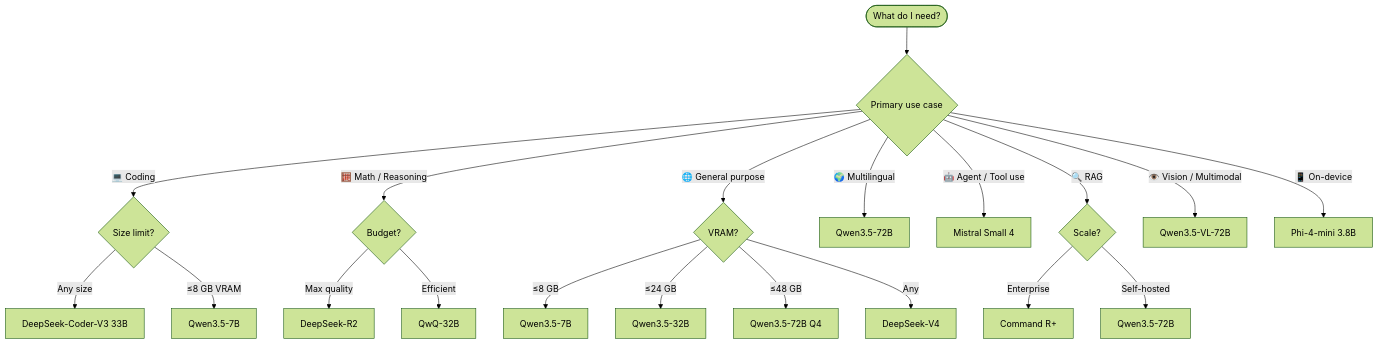
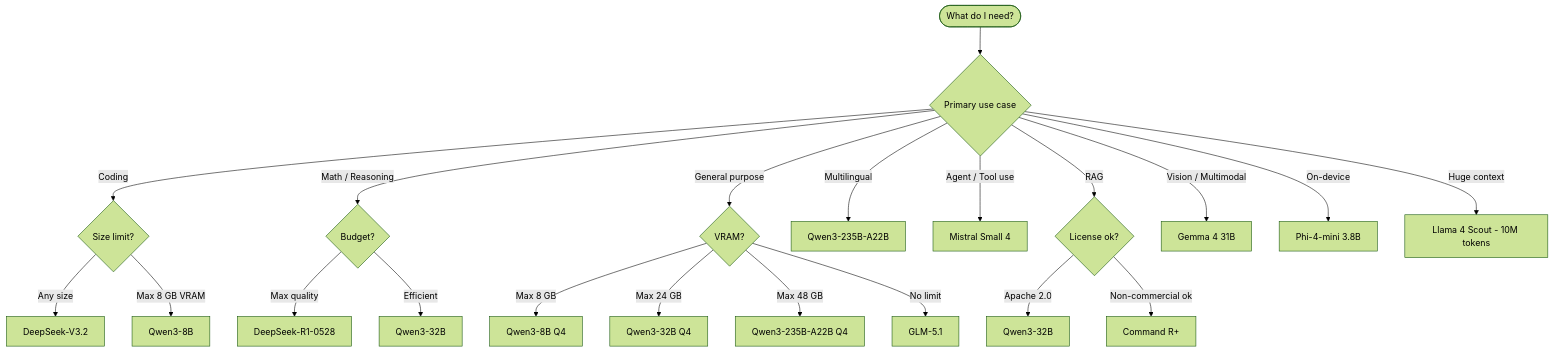
The diagram in README.md (phlx0/awesome-open-weight-models), drawn with Mermaid (forest theme) before and after one commit. The commit also changed other lines of this file and 2 other files, not shown here.

````diff
--- a/README.md
+++ b/README.md
@@ -59,30 +44,32 @@
 ```mermaid
 flowchart TD
     A([What do I need?]) --> B{Primary use case}
 
-    B --> |💻 Coding| C{Size limit?}
-    C --> |Any size| C1[DeepSeek-Coder-V3 33B]
-    C --> |≤8 GB VRAM| C2[Qwen3.5-7B]
+    B --> |Coding| C{Size limit?}
+    C --> |Any size| C1[DeepSeek-V3.2]
+    C --> |Max 8 GB VRAM| C2[Qwen3-8B]
 
-    B --> |🧮 Math / Reasoning| D{Budget?}
-    D --> |Max quality| D1[DeepSeek-R2]
-    D --> |Efficient| D2[QwQ-32B]
+    B --> |Math / Reasoning| D{Budget?}
+    D --> |Max quality| D1[DeepSeek-R1-0528]
+    D --> |Efficient| D2[Qwen3-32B]
 
-    B --> |🌐 General purpose| E{VRAM?}
-    E --> |≤8 GB| E1[Qwen3.5-7B]
-    E --> |≤24 GB| E2[Qwen3.5-32B]
-    E --> |≤48 GB| E3[Qwen3.5-72B Q4]
-    E --> |Any| E4[DeepSeek-V4]
+    B --> |General purpose| E{VRAM?}
+    E --> |Max 8 GB| E1[Qwen3-8B Q4]
+    E --> |Max 24 GB| E2[Qwen3-32B Q4]
+    E --> |Max 48 GB| E3[Qwen3-235B-A22B Q4]
+    E --> |No limit| E4[GLM-5.1]
 
-    B --> |🌍 Multilingual| F[Qwen3.5-72B]
+    B --> |Multilingual| F[Qwen3-235B-A22B]
 
-    B --> |🤖 Agent / Tool use| G[Mistral Small 4]
+    B --> |Agent / Tool use| G[Mistral Small 4]
 
-    B --> |🔍 RAG| H{Scale?}
-    H --> |Enterprise| H1[Command R+]
-    H --> |Self-hosted| H2[Qwen3.5-72B]
+    B --> |RAG| H{License ok?}
+    H --> |Apache 2.0| H1[Qwen3-32B]
+    H --> |Non-commercial ok| H2[Command R+]
 
-    B --> |👁️ Vision / Multimodal| I[Qwen3.5-VL-72B]
+    B --> |Vision / Multimodal| I[Gemma 4 31B]
 
-    B --> |📱 On-device| J[Phi-4-mini 3.8B]
+    B --> |On-device| J[Phi-4-mini 3.8B]
+
+    B --> |Huge context| K[Llama 4 Scout - 10M tokens]
 ```
````
